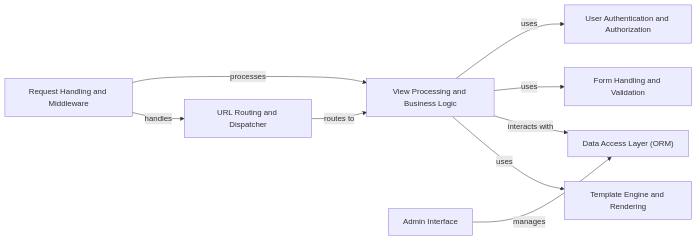
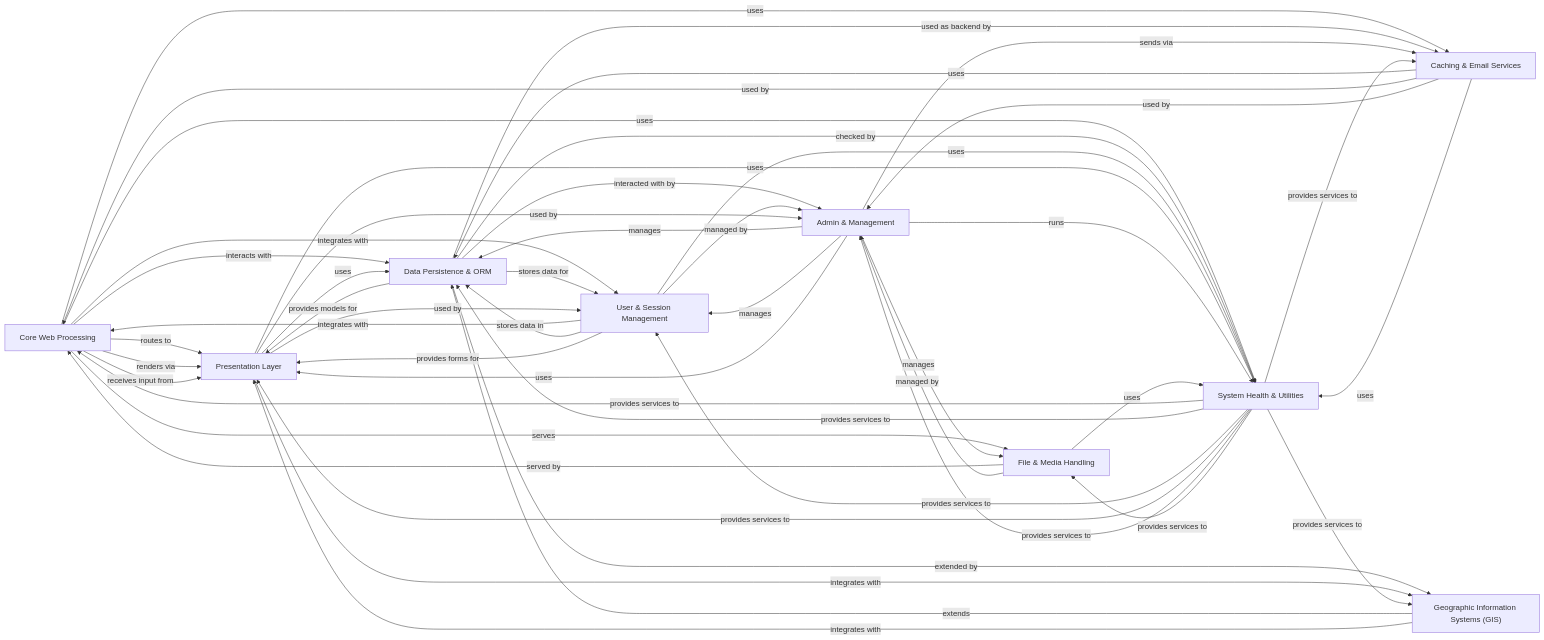
One commit to CodeBoarding/GeneratedOnBoardings changed the diagram in django/on_boarding.md. Above: the diagram before and after it, drawn with Mermaid. The commit also changed other lines of this file and 17 other files, not shown here.

````diff
--- a/django/on_boarding.md
+++ b/django/on_boarding.md
@@ -1,27 +1,68 @@
 ```mermaid
 graph LR
-    Request_Handling_and_Middleware["Request Handling and Middleware"]
-    URL_Routing_and_Dispatcher["URL Routing and Dispatcher"]
-    View_Processing_and_Business_Logic["View Processing and Business Logic"]
-    Template_Engine_and_Rendering["Template Engine and Rendering"]
-    Data_Access_Layer_ORM_["Data Access Layer (ORM)"]
-    User_Authentication_and_Authorization["User Authentication and Authorization"]
-    Form_Handling_and_Validation["Form Handling and Validation"]
-    Admin_Interface["Admin Interface"]
-    Request_Handling_and_Middleware -- "handles" --> URL_Routing_and_Dispatcher
-    URL_Routing_and_Dispatcher -- "routes to" --> View_Processing_and_Business_Logic
-    View_Processing_and_Business_Logic -- "uses" --> Template_Engine_and_Rendering
-    View_Processing_and_Business_Logic -- "interacts with" --> Data_Access_Layer_ORM_
-    View_Processing_and_Business_Logic -- "uses" --> Form_Handling_and_Validation
-    View_Processing_and_Business_Logic -- "uses" --> User_Authentication_and_Authorization
-    Request_Handling_and_Middleware -- "processes" --> View_Processing_and_Business_Logic
-    Admin_Interface -- "manages" --> Data_Access_Layer_ORM_
-    click Request_Handling_and_Middleware href "https://github.com/CodeBoarding/GeneratedOnBoardings/blob/main/django/Request Handling and Middleware.md" "Details"
-    click URL_Routing_and_Dispatcher href "https://github.com/CodeBoarding/GeneratedOnBoardings/blob/main/django/URL Routing and Dispatcher.md" "Details"
-    click View_Processing_and_Business_Logic href "https://github.com/CodeBoarding/GeneratedOnBoardings/blob/main/django/View Processing and Business Logic.md" "Details"
-    click Template_Engine_and_Rendering href "https://github.com/CodeBoarding/GeneratedOnBoardings/blob/main/django/Template Engine and Rendering.md" "Details"
-    click Data_Access_Layer_ORM_ href "https://github.com/CodeBoarding/GeneratedOnBoardings/blob/main/django/Data Access Layer (ORM).md" "Details"
-    click User_Authentication_and_Authorization href "https://github.com/CodeBoarding/GeneratedOnBoardings/blob/main/django/User Authentication and Authorization.md" "Details"
-    click Form_Handling_and_Validation href "https://github.com/CodeBoarding/GeneratedOnBoardings/blob/main/django/Form Handling and Validation.md" "Details"
-    click Admin_Interface href "https://github.com/CodeBoarding/GeneratedOnBoardings/blob/main/django/Admin Interface.md" "Details"
+    Core_Web_Processing["Core Web Processing"]
+    Data_Persistence_ORM["Data Persistence & ORM"]
+    User_Session_Management["User & Session Management"]
+    Presentation_Layer["Presentation Layer"]
+    Admin_Management["Admin & Management"]
+    File_Media_Handling["File & Media Handling"]
+    Caching_Email_Services["Caching & Email Services"]
+    System_Health_Utilities["System Health & Utilities"]
+    Geographic_Information_Systems_GIS_["Geographic Information Systems (GIS)"]
+    Core_Web_Processing -- "routes to" --> Presentation_Layer
+    Core_Web_Processing -- "interacts with" --> Data_Persistence_ORM
+    Core_Web_Processing -- "integrates with" --> User_Session_Management
+    Core_Web_Processing -- "serves" --> File_Media_Handling
+    Core_Web_Processing -- "uses" --> System_Health_Utilities
+    Core_Web_Processing -- "uses" --> Caching_Email_Services
+    Core_Web_Processing -- "renders via" --> Presentation_Layer
+    Core_Web_Processing -- "receives input from" --> Presentation_Layer
+    Data_Persistence_ORM -- "stores data for" --> User_Session_Management
+    Data_Persistence_ORM -- "used as backend by" --> Caching_Email_Services
+    Data_Persistence_ORM -- "extended by" --> Geographic_Information_Systems_GIS_
+    Data_Persistence_ORM -- "interacted with by" --> Admin_Management
+    Data_Persistence_ORM -- "provides models for" --> Presentation_Layer
+    Data_Persistence_ORM -- "checked by" --> System_Health_Utilities
+    User_Session_Management -- "integrates with" --> Core_Web_Processing
+    User_Session_Management -- "stores data in" --> Data_Persistence_ORM
+    User_Session_Management -- "provides forms for" --> Presentation_Layer
+    User_Session_Management -- "managed by" --> Admin_Management
+    User_Session_Management -- "uses" --> System_Health_Utilities
+    Presentation_Layer -- "uses" --> Data_Persistence_ORM
+    Presentation_Layer -- "used by" --> Admin_Management
+    Presentation_Layer -- "used by" --> User_Session_Management
+    Presentation_Layer -- "integrates with" --> Geographic_Information_Systems_GIS_
+    Presentation_Layer -- "uses" --> System_Health_Utilities
+    Admin_Management -- "manages" --> Data_Persistence_ORM
+    Admin_Management -- "manages" --> User_Session_Management
+    Admin_Management -- "uses" --> Presentation_Layer
+    Admin_Management -- "manages" --> File_Media_Handling
+    Admin_Management -- "sends via" --> Caching_Email_Services
+    Admin_Management -- "runs" --> System_Health_Utilities
+    File_Media_Handling -- "served by" --> Core_Web_Processing
+    File_Media_Handling -- "managed by" --> Admin_Management
+    File_Media_Handling -- "uses" --> System_Health_Utilities
+    Caching_Email_Services -- "uses" --> Data_Persistence_ORM
+    Caching_Email_Services -- "used by" --> Core_Web_Processing
+    Caching_Email_Services -- "used by" --> Admin_Management
+    Caching_Email_Services -- "uses" --> System_Health_Utilities
+    System_Health_Utilities -- "provides services to" --> Core_Web_Processing
+    System_Health_Utilities -- "provides services to" --> Data_Persistence_ORM
+    System_Health_Utilities -- "provides services to" --> User_Session_Management
+    System_Health_Utilities -- "provides services to" --> Presentation_Layer
+    System_Health_Utilities -- "provides services to" --> Admin_Management
+    System_Health_Utilities -- "provides services to" --> File_Media_Handling
+    System_Health_Utilities -- "provides services to" --> Caching_Email_Services
+    System_Health_Utilities -- "provides services to" --> Geographic_Information_Systems_GIS_
+    Geographic_Information_Systems_GIS_ -- "extends" --> Data_Persistence_ORM
+    Geographic_Information_Systems_GIS_ -- "integrates with" --> Presentation_Layer
+    click Core_Web_Processing href "https://github.com/CodeBoarding/GeneratedOnBoardings/blob/main/django/Core Web Processing.md" "Details"
+    click Data_Persistence_ORM href "https://github.com/CodeBoarding/GeneratedOnBoardings/blob/main/django/Data Persistence & ORM.md" "Details"
+    click User_Session_Management href "https://github.com/CodeBoarding/GeneratedOnBoardings/blob/main/django/User & Session Management.md" "Details"
+    click Presentation_Layer href "https://github.com/CodeBoarding/GeneratedOnBoardings/blob/main/django/Presentation Layer.md" "Details"
+    click Admin_Management href "https://github.com/CodeBoarding/GeneratedOnBoardings/blob/main/django/Admin & Management.md" "Details"
+    click File_Media_Handling href "https://github.com/CodeBoarding/GeneratedOnBoardings/blob/main/django/File & Media Handling.md" "Details"
+    click Caching_Email_Services href "https://github.com/CodeBoarding/GeneratedOnBoardings/blob/main/django/Caching & Email Services.md" "Details"
+    click System_Health_Utilities href "https://github.com/CodeBoarding/GeneratedOnBoardings/blob/main/django/System Health & Utilities.md" "Details"
+    click Geographic_Information_Systems_GIS_ href "https://github.com/CodeBoarding/GeneratedOnBoardings/blob/main/django/Geographic Information Systems (GIS).md" "Details"
 ```
````
